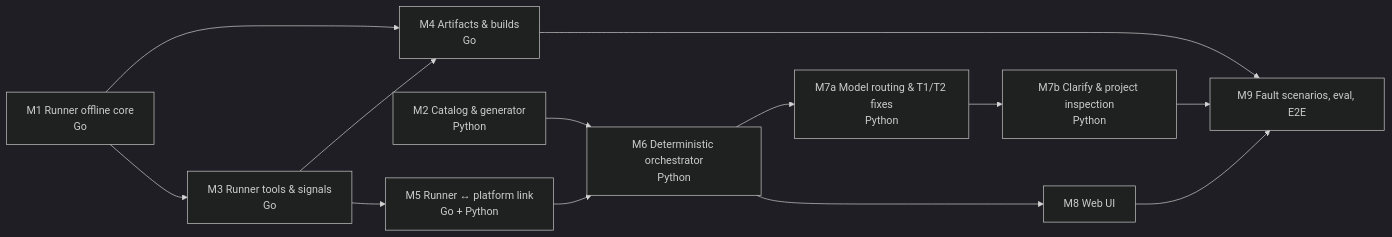
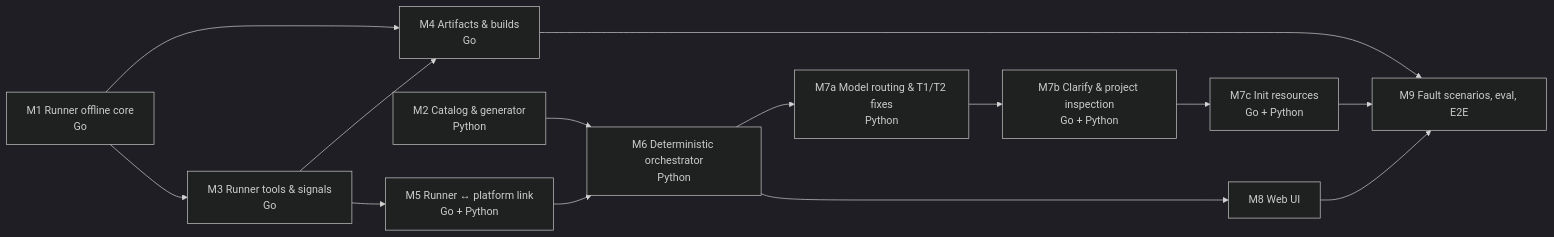
Before and after one commit to yutaofr/container-agent: the diagram in docs/plans/2026-10-17-poc-roadmap.md, drawn with Mermaid (dark theme). The commit also changed other lines of this file and 2 other files, not shown here.

First line of the commit message:
docs: design M7b clarify and project inspection, add M7c

````diff
--- a/docs/plans/2026-10-17-poc-roadmap.md
+++ b/docs/plans/2026-10-17-poc-roadmap.md
@@ -10,26 +10,28 @@
 ```mermaid
 flowchart LR
   M1["M1 Runner offline core<br/>Go"]
   M2["M2 Catalog & generator<br/>Python"]
   M3["M3 Runner tools & signals<br/>Go"]
   M4["M4 Artifacts & builds<br/>Go"]
   M5["M5 Runner ↔ platform link<br/>Go + Python"]
   M6["M6 Deterministic orchestrator<br/>Python"]
   M7a["M7a Model routing & T1/T2 fixes<br/>Python"]
-  M7b["M7b Clarify & project inspection<br/>Python"]
+  M7b["M7b Clarify & project inspection<br/>Go + Python"]
+  M7c["M7c Init resources<br/>Go + Python"]
   M8["M8 Web UI"]
   M9["M9 Fault scenarios, eval, E2E"]
 
   M1 --> M3
   M1 --> M4
   M3 --> M4
   M3 --> M5
   M2 --> M6
   M5 --> M6
   M6 --> M7a
   M7a --> M7b
+  M7b --> M7c
   M6 --> M8
   M4 --> M9
-  M7b --> M9
+  M7c --> M9
   M8 --> M9
 ```
````
